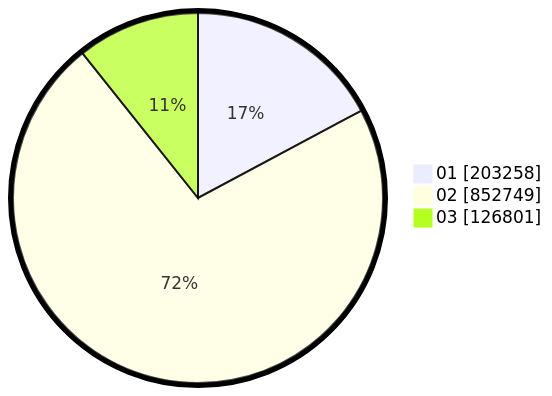
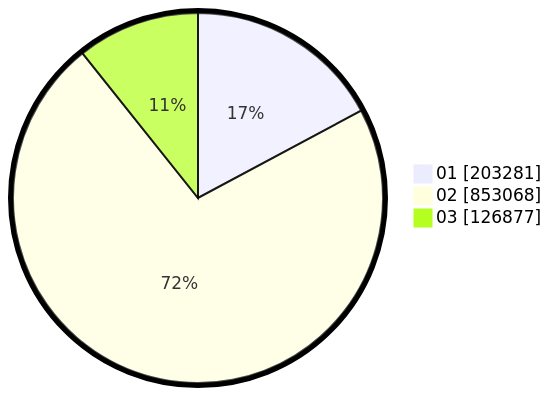
The second of 2 diagrams in pilpres/hitung-suara/sub/table-wilayah-62.md (gigit-pemilu/pemilu-2024), drawn with Mermaid before and after one commit. The commit also changed other lines of this file and 5 other files, not shown here.

````diff
--- a/pilpres/hitung-suara/sub/table-wilayah-62.md
+++ b/pilpres/hitung-suara/sub/table-wilayah-62.md
@@ -15,7 +15,7 @@
 ```mermaid
 %%{init: {"pie": {"textPosition": 0.5}, "themeVariables": {"pieOuterStrokeWidth": "5px"}} }%%
 pie showData
-    "01" : 203258
-    "02" : 852749
-    "03" : 126801
+    "01" : 203281
+    "02" : 853068
+    "03" : 126877
 ```
````
